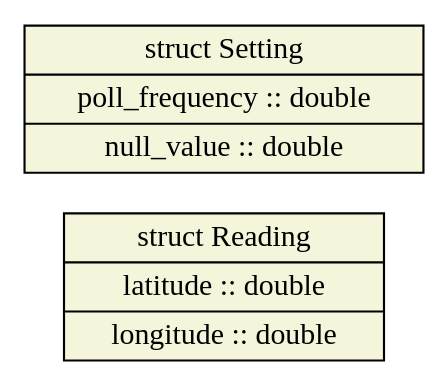
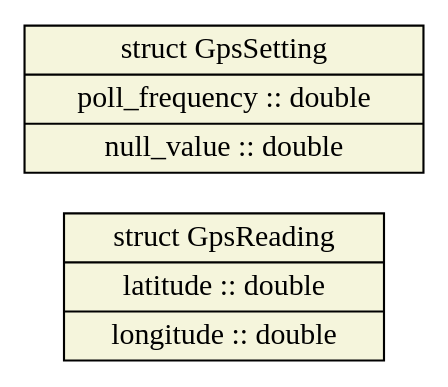
Before and after one commit to jkwong80/baa_messages: the diagram in docs/thrift/gps_sensor.gv, drawn with Graphviz. The commit also changed 38 other files, not shown here.

```diff
--- a/docs/thrift/gps_sensor.gv
+++ b/docs/thrift/gps_sensor.gv
@@ -1,9 +1,9 @@
 digraph "gps_sensor" {
 node [style=filled, shape=record];
 edge [arrowsize=0.5];
 rankdir=LR
 node [fillcolor=beige];
-Reading [label="struct Reading|<field_latitude>latitude :: double|<field_longitude>longitude :: double"];
+GpsReading [label="struct GpsReading|<field_latitude>latitude :: double|<field_longitude>longitude :: double"];
 node [fillcolor=beige];
-Setting [label="struct Setting|<field_poll_frequency>poll_frequency :: double|<field_null_value>null_value :: double"];
+GpsSetting [label="struct GpsSetting|<field_poll_frequency>poll_frequency :: double|<field_null_value>null_value :: double"];
 }
```
